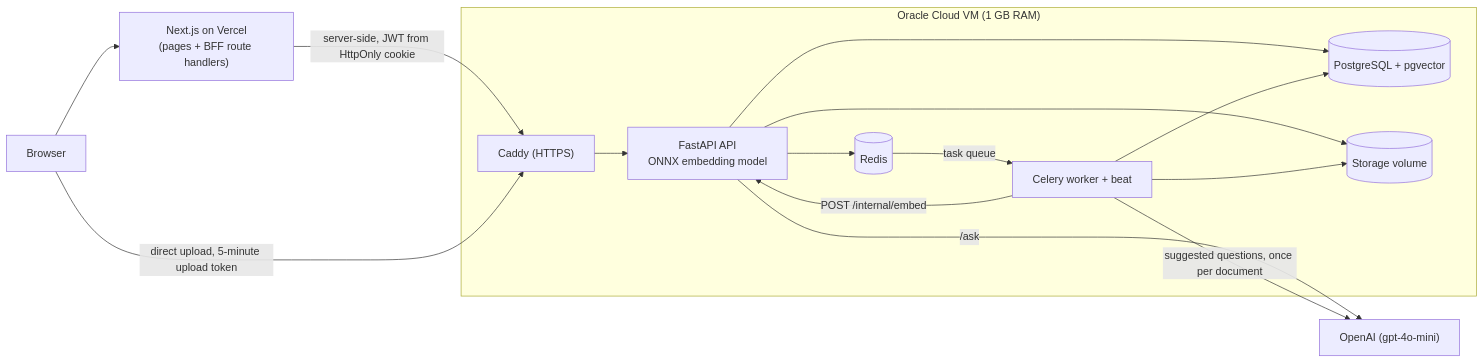
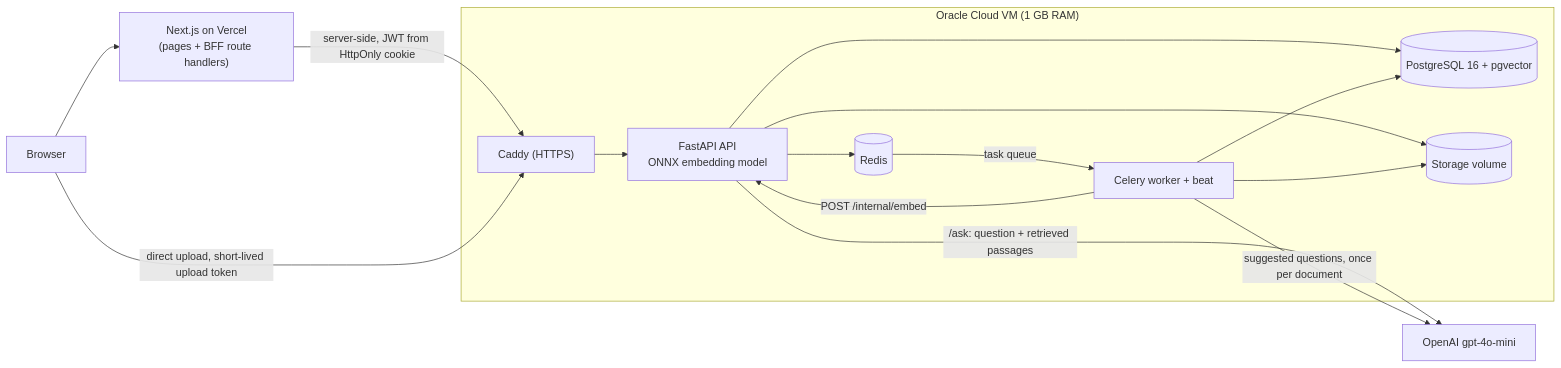
The diagram in README.md (shahil5z/document-intelligence-analysis), drawn with Mermaid before and after one commit. The commit also changed other lines of this file, not shown here.

````diff
--- a/README.md
+++ b/README.md
@@ -34,18 +44,18 @@
 ```mermaid
 flowchart LR
     user[Browser] --> vercel["Next.js on Vercel<br/>(pages + BFF route handlers)"]
     vercel -->|"server-side, JWT from HttpOnly cookie"| caddy
-    user -->|"direct upload, 5-minute upload token"| caddy
+    user -->|"direct upload, short-lived upload token"| caddy
     subgraph oracle["Oracle Cloud VM (1 GB RAM)"]
         caddy["Caddy (HTTPS)"] --> api["FastAPI API<br/>ONNX embedding model"]
-        api --> pg[("PostgreSQL + pgvector")]
+        api --> pg[("PostgreSQL 16 + pgvector")]
         api --> redis[("Redis")]
         api --> files[("Storage volume")]
         redis -->|task queue| worker["Celery worker + beat"]
         worker -->|"POST /internal/embed"| api
         worker --> pg
         worker --> files
     end
-    api -->|"/ask"| openai["OpenAI (gpt-4o-mini)"]
+    api -->|"/ask: question + retrieved passages"| openai["OpenAI gpt-4o-mini"]
     worker -->|"suggested questions, once per document"| openai
 ```
````
